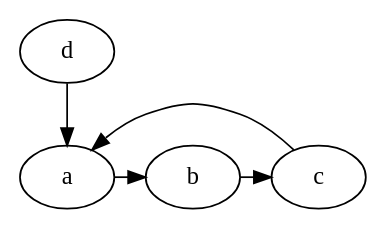
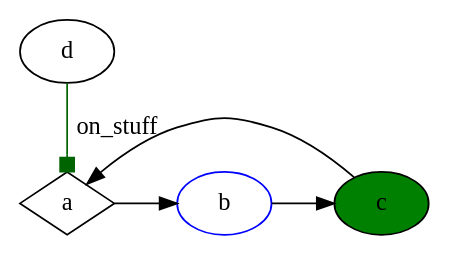
Before and after one commit to dgtized/dotfiles: the first of 2 diagrams in test.org, drawn with Graphviz.

Commit message:
include basic shapes and colors in example for reminder

```diff
--- a/test.org
+++ b/test.org
@@ -70,12 +70,15 @@
 #+BEGIN_SRC dot :file tmp/dot.png
   digraph {
     a -> b
     b -> c
     c -> a
     subgraph {
       rank=same
       a b c
+      a [ shape=diamond ]
+      b [ color=blue ]
+      c [ style=filled, fillcolor=green ]
     }
-    d -> a
+    d -> a [ arrowhead=box, color=darkgreen, label="on_stuff" ]
   }
 #+END_SRC
```
